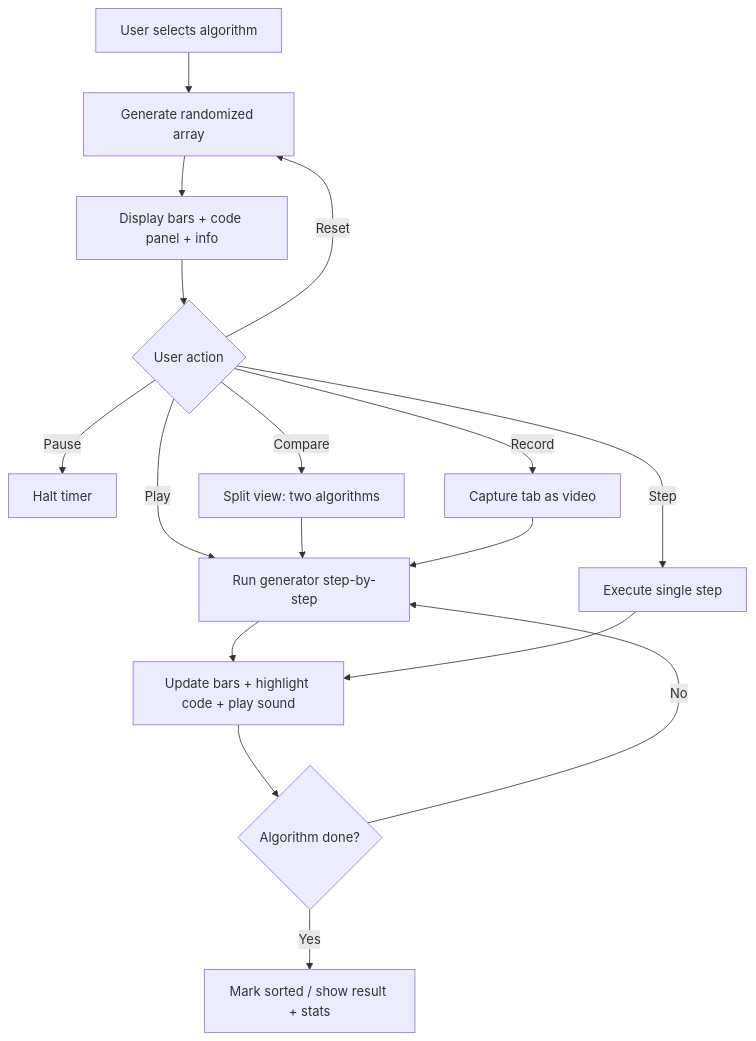
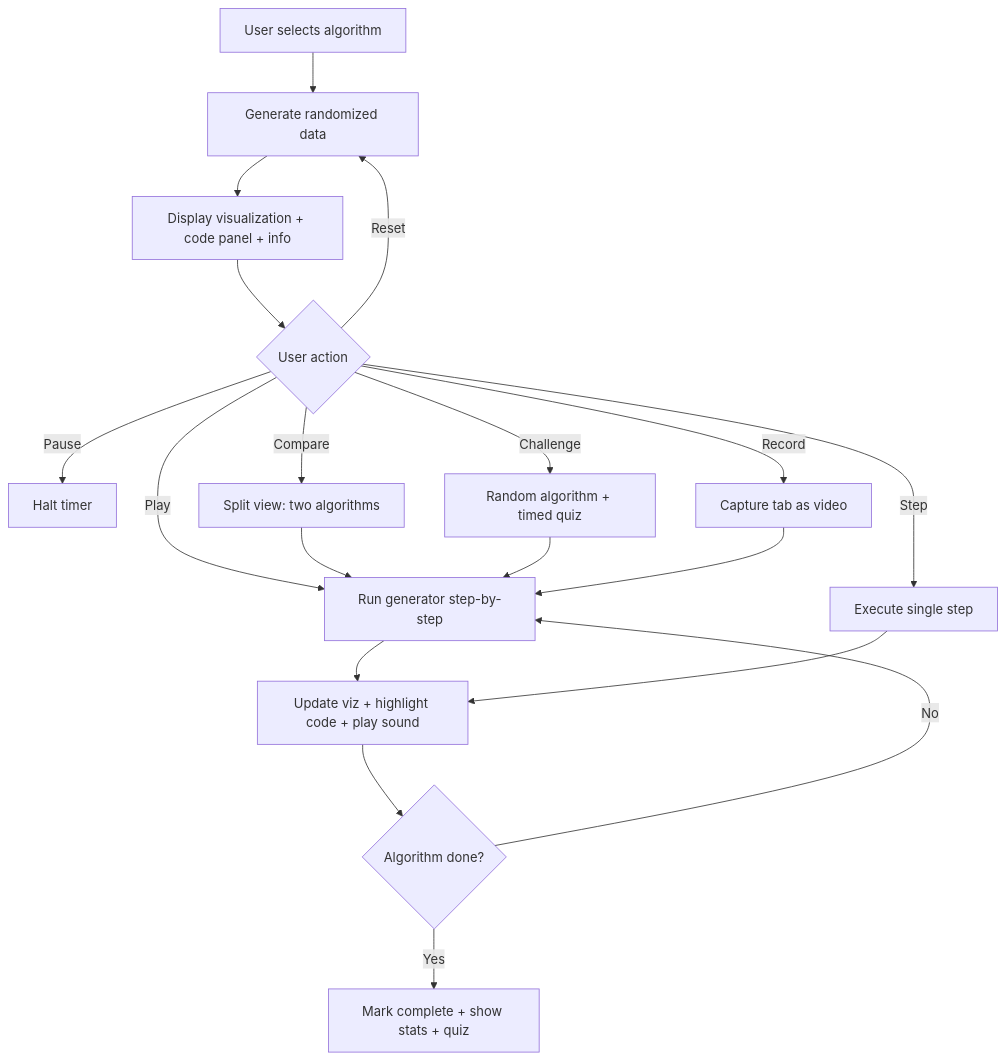
Before and after one commit to neoncircuit/dsa-visualizer: the first of 2 diagrams in README.md, drawn with Mermaid. The commit also changed other lines of this file and 33 other files, not shown here.

````diff
--- a/README.md
+++ b/README.md
@@ -7,19 +7,21 @@
 ```mermaid
 graph TD
-    A[User selects algorithm] --> B[Generate randomized array]
-    B --> C[Display bars + code panel + info]
+    A[User selects algorithm] --> B[Generate randomized data]
+    B --> C[Display visualization + code panel + info]
     C --> D{User action}
     D -->|Play| E[Run generator step-by-step]
     D -->|Step| F[Execute single step]
     D -->|Pause| G[Halt timer]
     D -->|Reset| B
     D -->|Compare| H[Split view: two algorithms]
+    D -->|Challenge| CH[Random algorithm + timed quiz]
     D -->|Record| R[Capture tab as video]
-    E --> I[Update bars + highlight code + play sound]
+    E --> I[Update viz + highlight code + play sound]
     F --> I
     H --> E
+    CH --> E
     I --> J{Algorithm done?}
     J -->|No| E
-    J -->|Yes| K[Mark sorted / show result + stats]
+    J -->|Yes| K[Mark complete + show stats + quiz]
     R --> E
 ```
````
